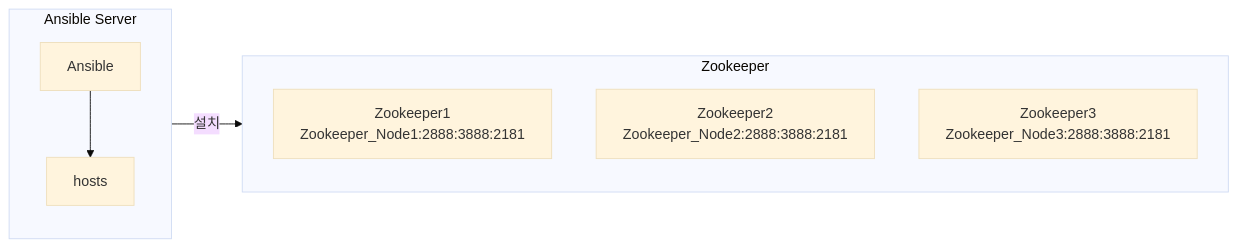
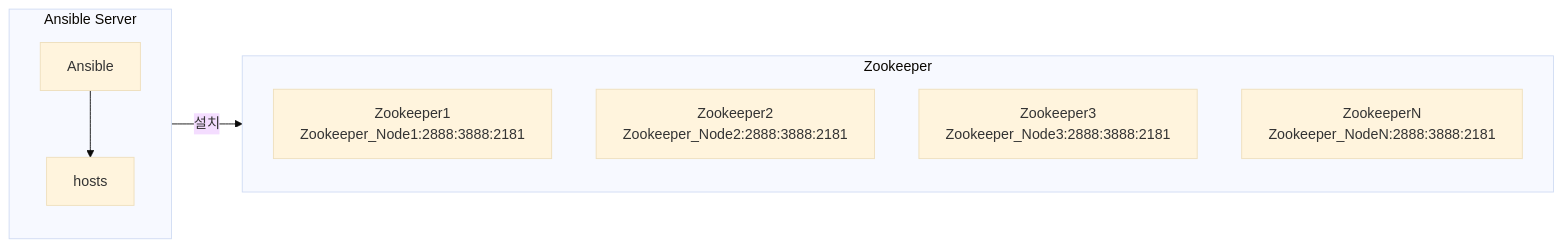
Before and after one commit to QubitSecurity/howto: the diagram in rocky9/app/zookeeper/ansible_install/readme.md, drawn with Mermaid (base theme).

````diff
--- a/rocky9/app/zookeeper/ansible_install/readme.md
+++ b/rocky9/app/zookeeper/ansible_install/readme.md
@@ -26,25 +26,26 @@
 ```mermaid
 graph LR;
 
     %% Define layout direction and spacing
    %% style Ansible_Server fill:#f9f,stroke:#333,stroke-width:2px,height:200px;
    %% style Zookeeper fill:#cfc,stroke:#333,stroke-width:2px;
 
 
     %% Ansible Server Section
     subgraph Ansible_Server[Ansible Server]
         direction TB
         Ansible1[Ansible]
         hosts[hosts]
         Ansible1 --> hosts
     end
 
     %% Zookeeper Section
     subgraph Zookeeper[Zookeeper]
         direction TB
         Zookeeper1[Zookeeper1<br>Zookeeper_Node1:2888:3888:2181]
         Zookeeper2[Zookeeper2<br>Zookeeper_Node2:2888:3888:2181]
         Zookeeper3[Zookeeper3<br>Zookeeper_Node3:2888:3888:2181]
+        Zookeeper4[ZookeeperN<br>Zookeeper_NodeN:2888:3888:2181]
     end
 hosts -->|설치| Zookeeper
 ```
````
